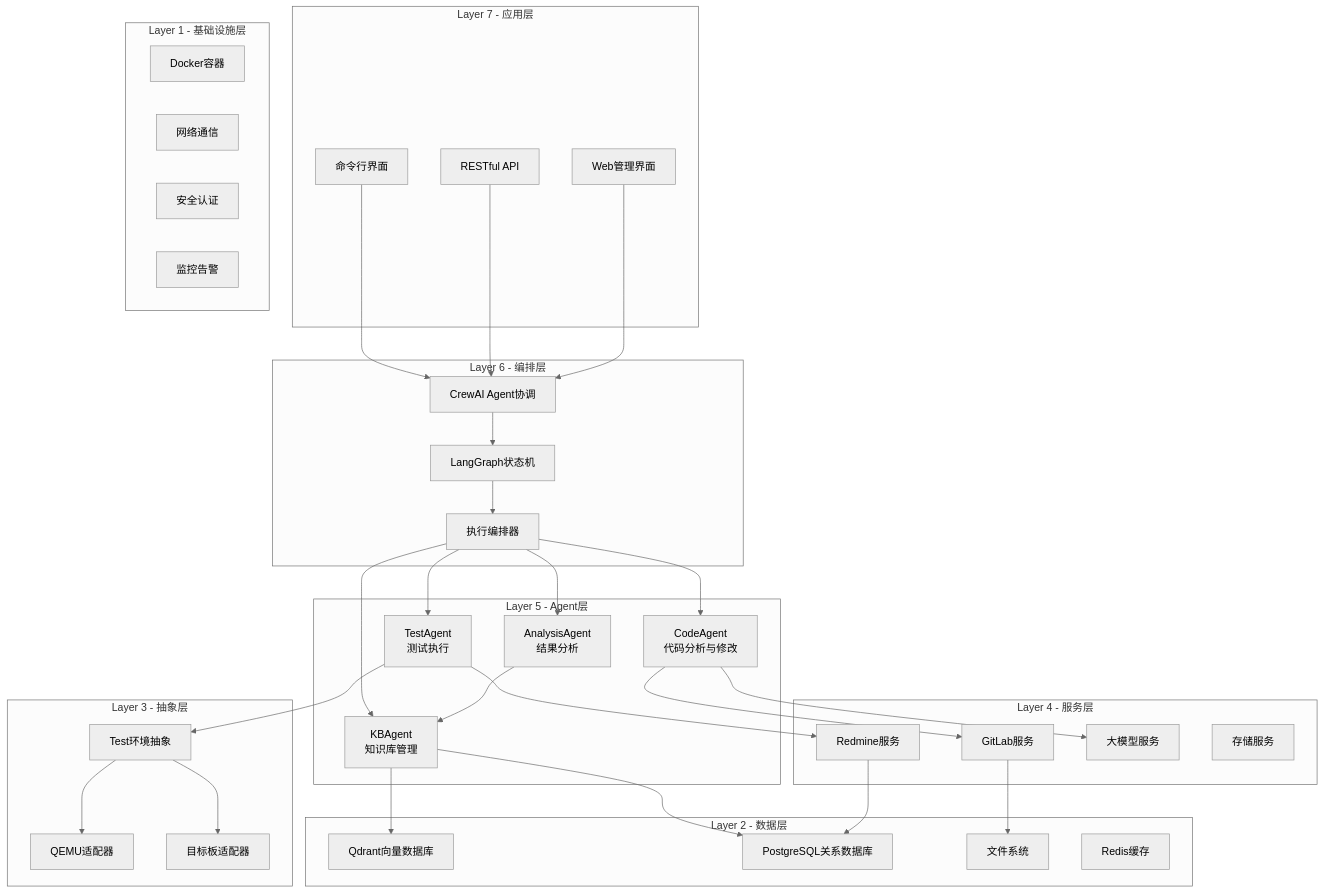
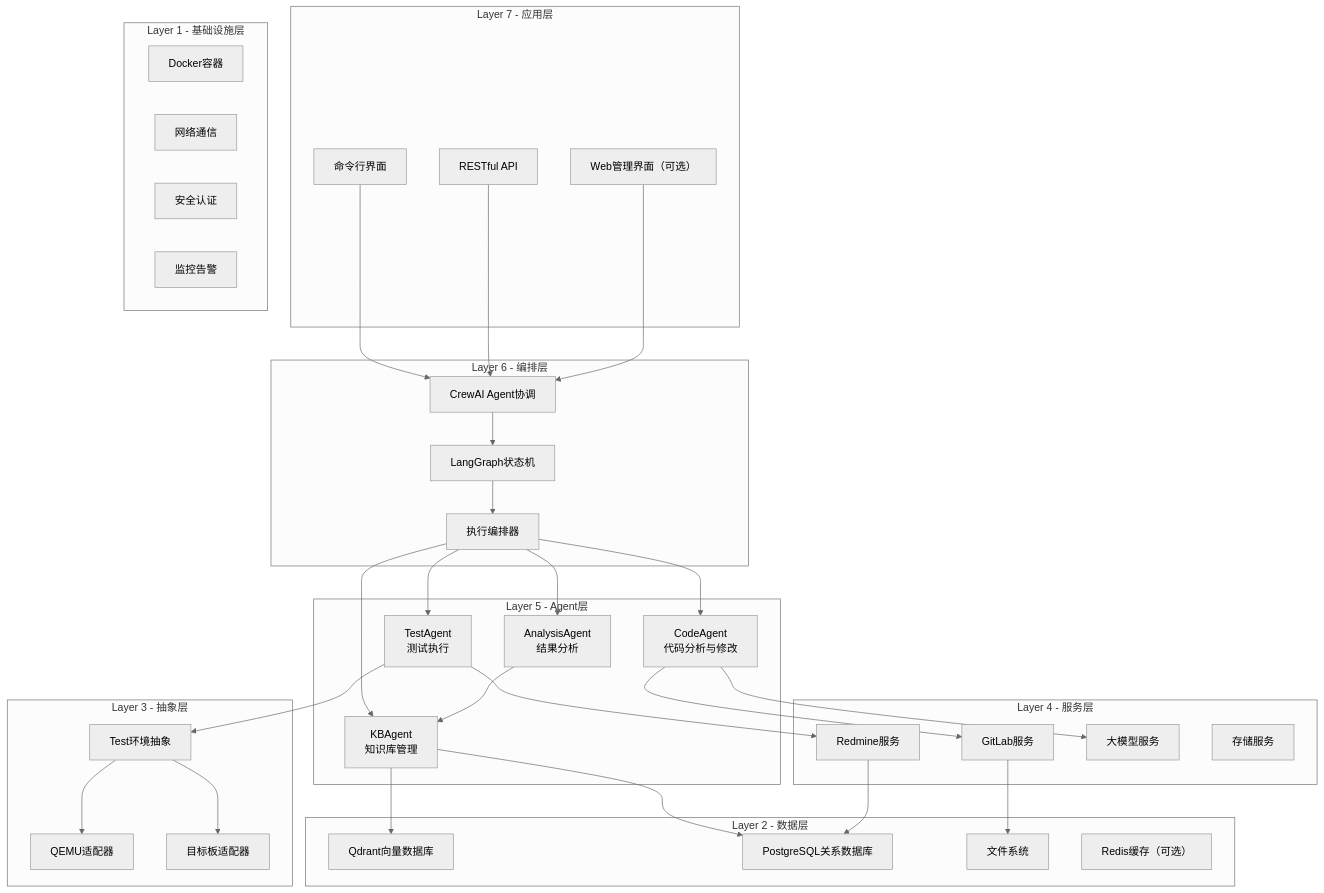
Before and after one commit to duzailian/dev-agents-v2: the first of 12 diagrams in docs/ARCHITECTURE_V2.md, drawn with Mermaid (neutral theme). The commit also changed other lines of this file and 9 other files, not shown here.

Commit message:
Clarify optional architecture scope

````diff
--- a/docs/ARCHITECTURE_V2.md
+++ b/docs/ARCHITECTURE_V2.md
@@ -51,75 +51,75 @@
 ```mermaid
 graph TB
     subgraph "Layer 7 - 应用层"
         CLI[命令行界面]
         API[RESTful API]
-        WebUI[Web管理界面]
+        WebUI[Web管理界面（可选）]
     end
     
     subgraph "Layer 6 - 编排层"
         CrewAI[CrewAI Agent协调]
         LangGraph[LangGraph状态机]
         Orchestrator[执行编排器]
     end
     
     subgraph "Layer 5 - Agent层"
         CodeAgent[CodeAgent<br/>代码分析与修改]
         TestAgent[TestAgent<br/>测试执行]
         AnalysisAgent[AnalysisAgent<br/>结果分析]
         KBAgent[KBAgent<br/>知识库管理]
     end
     
     subgraph "Layer 4 - 服务层"
         GitLabService[GitLab服务]
         RedmineService[Redmine服务]
         ModelService[大模型服务]
         StorageService[存储服务]
     end
     
     subgraph "Layer 3 - 抽象层"
         TestEnv[Test环境抽象]
         QEMUAdapter[QEMU适配器]
         BoardAdapter[目标板适配器]
     end
     
     subgraph "Layer 2 - 数据层"
         Qdrant[Qdrant向量数据库]
         PostgreSQL[PostgreSQL关系数据库]
         FileSystem[文件系统]
-        Cache[Redis缓存]
+        Cache[Redis缓存（可选）]
     end
     
     subgraph "Layer 1 - 基础设施层"
         Docker[Docker容器]
         Network[网络通信]
         Security[安全认证]
         Monitoring[监控告警]
     end
     
     CLI --> CrewAI
     API --> CrewAI
     WebUI --> CrewAI
     
     CrewAI --> LangGraph
     LangGraph --> Orchestrator
     
     Orchestrator --> CodeAgent
     Orchestrator --> TestAgent
     Orchestrator --> AnalysisAgent
     Orchestrator --> KBAgent
     
     CodeAgent --> ModelService
     TestAgent --> TestEnv
     AnalysisAgent --> KBAgent
     KBAgent --> Qdrant
     KBAgent --> PostgreSQL
     
     TestEnv --> QEMUAdapter
     TestEnv --> BoardAdapter
     
     GitLabService --> FileSystem
     RedmineService --> PostgreSQL
     
     CodeAgent --> GitLabService
     TestAgent --> RedmineService
 ```
````
